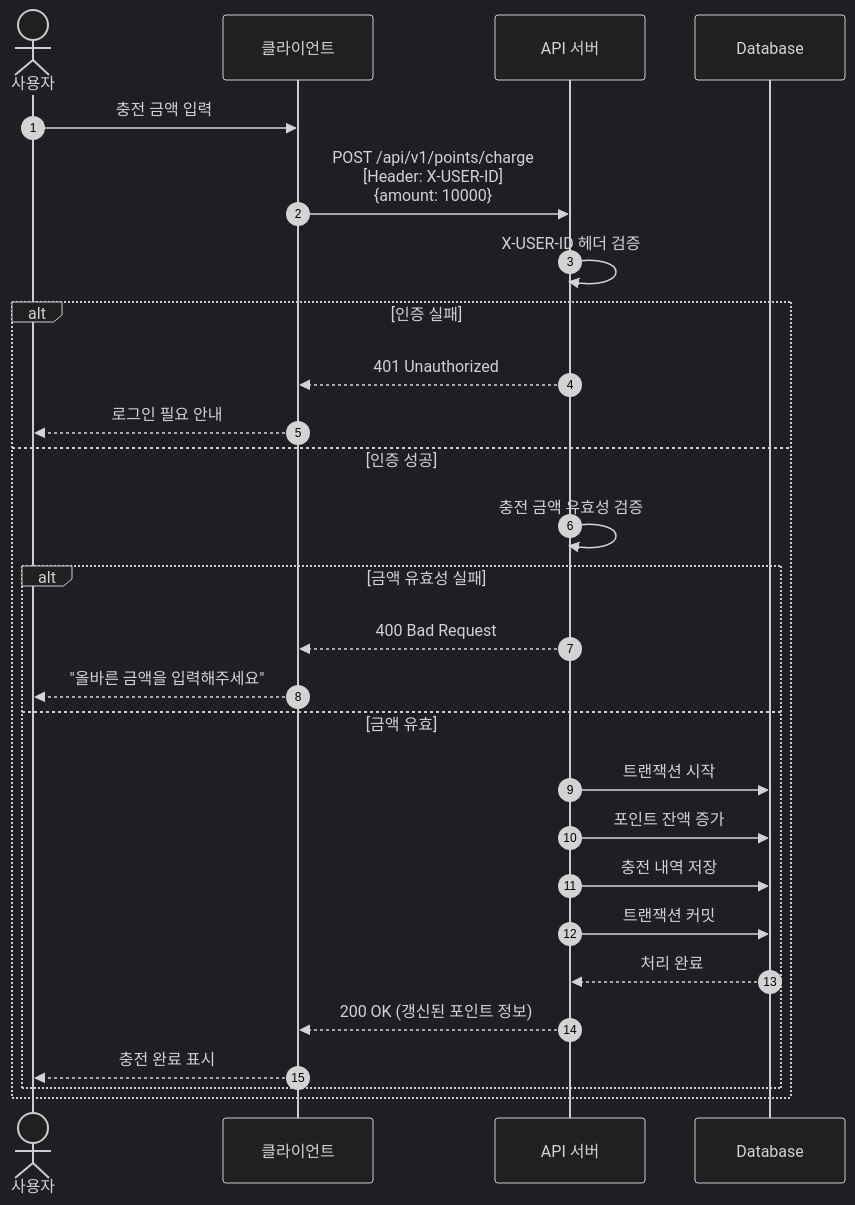
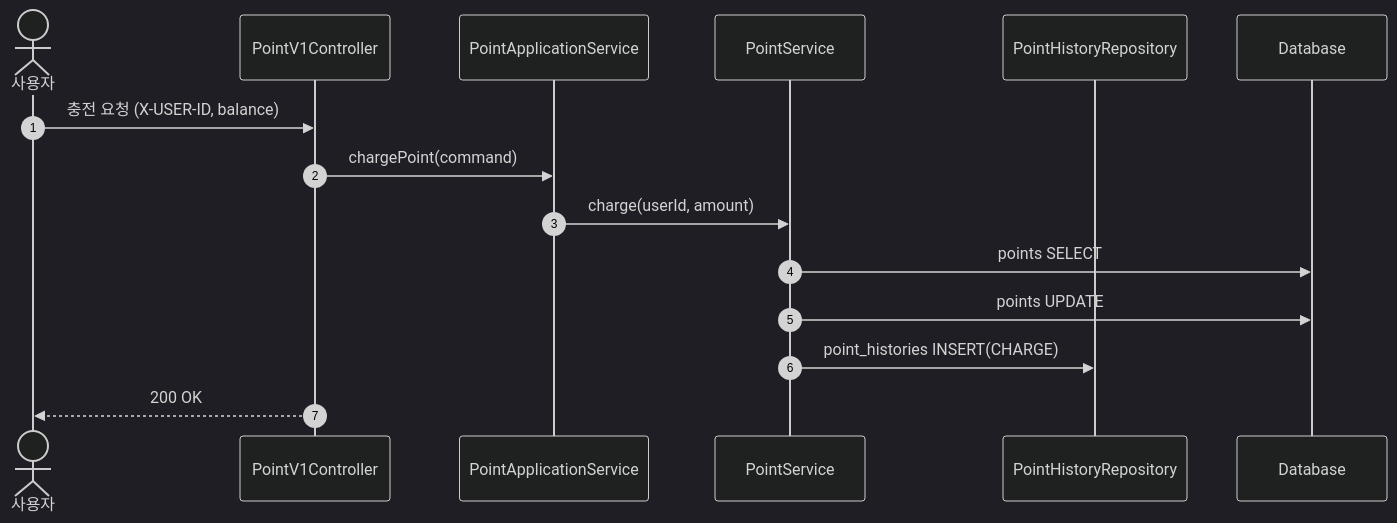
Before and after one commit to yht0827/my-commerce: the third of 15 diagrams in docs/02-sequence-diagrams.md, drawn with Mermaid (dark theme). The commit also changed other lines of this file and 258 other files, not shown here.

````diff
--- a/docs/02-sequence-diagrams.md
+++ b/docs/02-sequence-diagrams.md
@@ -113,33 +78,18 @@
 ```mermaid
 sequenceDiagram
     autonumber
     actor User as 사용자
-    participant Client as 클라이언트
-    participant Server as API 서버
+    participant API as PointV1Controller
+    participant App as PointApplicationService
+    participant Domain as PointService
+    participant Hist as PointHistoryRepository
     participant DB as Database
 
-    User->>Client: 충전 금액 입력
-    Client->>Server: POST /api/v1/points/charge<br/>[Header: X-USER-ID]<br/>{amount: 10000}
-
-    Server->>Server: X-USER-ID 헤더 검증
-
-    alt 인증 실패
-        Server-->>Client: 401 Unauthorized
-        Client-->>User: 로그인 필요 안내
-    else 인증 성공
-        Server->>Server: 충전 금액 유효성 검증
-
-        alt 금액 유효성 실패
-            Server-->>Client: 400 Bad Request
-            Client-->>User: "올바른 금액을 입력해주세요"
-        else 금액 유효
-            Server->>DB: 트랜잭션 시작
-            Server->>DB: 포인트 잔액 증가
-            Server->>DB: 충전 내역 저장
-            Server->>DB: 트랜잭션 커밋
-            DB-->>Server: 처리 완료
-            Server-->>Client: 200 OK (갱신된 포인트 정보)
-            Client-->>User: 충전 완료 표시
-        end
-    end
+    User->>API: 충전 요청 (X-USER-ID, balance)
+    API->>App: chargePoint(command)
+    App->>Domain: charge(userId, amount)
+    Domain->>DB: points SELECT
+    Domain->>DB: points UPDATE
+    Domain->>Hist: point_histories INSERT(CHARGE)
+    API-->>User: 200 OK
 ```
````
